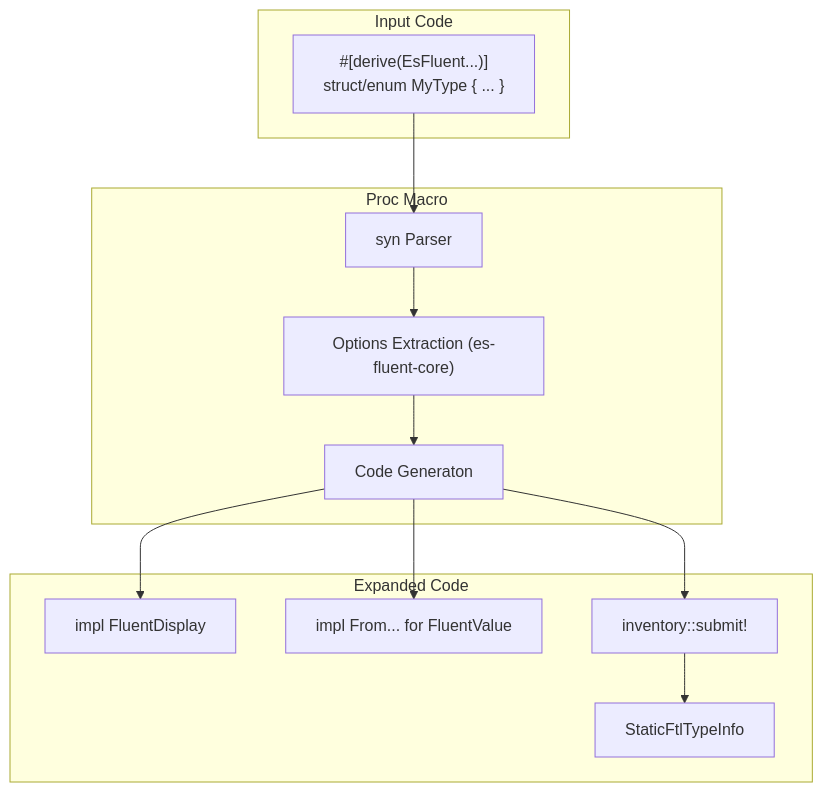
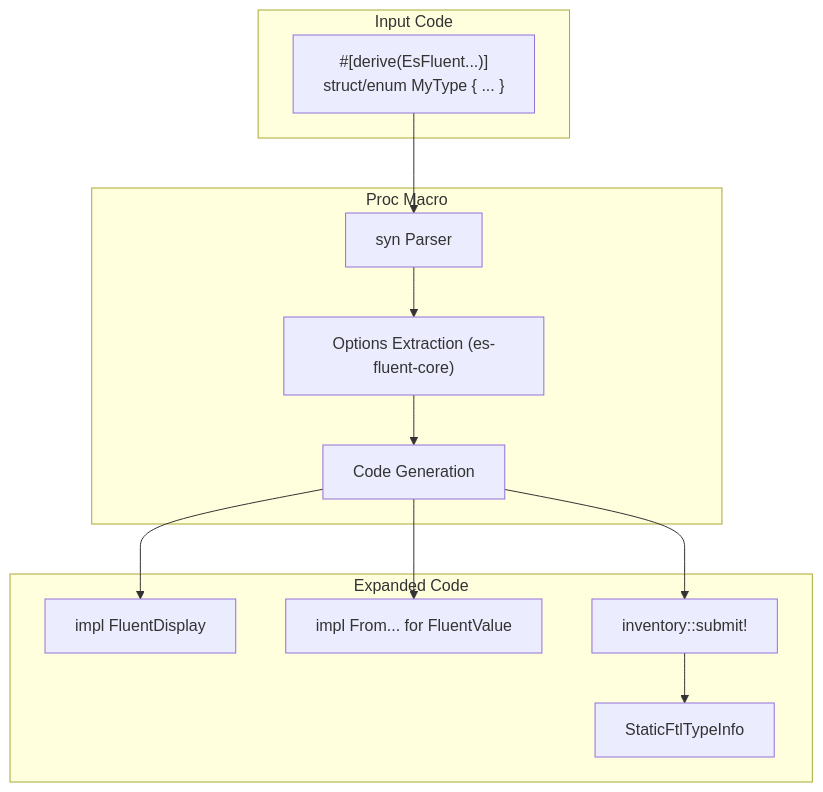
One commit to stayhydated/es-fluent changed the diagram in crates/es-fluent-derive/docs/ARCHITECTURE.md. Above: the diagram before and after it, drawn with Mermaid. The commit also changed 1 other file, not shown here.

````diff
--- a/crates/es-fluent-derive/docs/ARCHITECTURE.md
+++ b/crates/es-fluent-derive/docs/ARCHITECTURE.md
@@ -17,27 +17,27 @@
 ```mermaid
 flowchart TD
     subgraph INPUT["Input Code"]
         CODE["#[derive(EsFluent...)]<br/>struct/enum MyType { ... }"]
     end
 
     subgraph MACRO["Proc Macro"]
         PARSE["syn Parser"]
         OPTS["Options Extraction (es-fluent-core)"]
-        GEN["Code Generaton"]
+        GEN["Code Generation"]
     end
 
     subgraph OUTPUT["Expanded Code"]
         IMPL["impl FluentDisplay"]
         VAL["impl From... for FluentValue"]
         INV["inventory::submit!"]
         STATIC[StaticFtlTypeInfo]
     end
 
     CODE --> PARSE
     PARSE --> OPTS
     OPTS --> GEN
     GEN --> IMPL
     GEN --> VAL
     GEN --> INV
     INV --> STATIC
 ```
````
